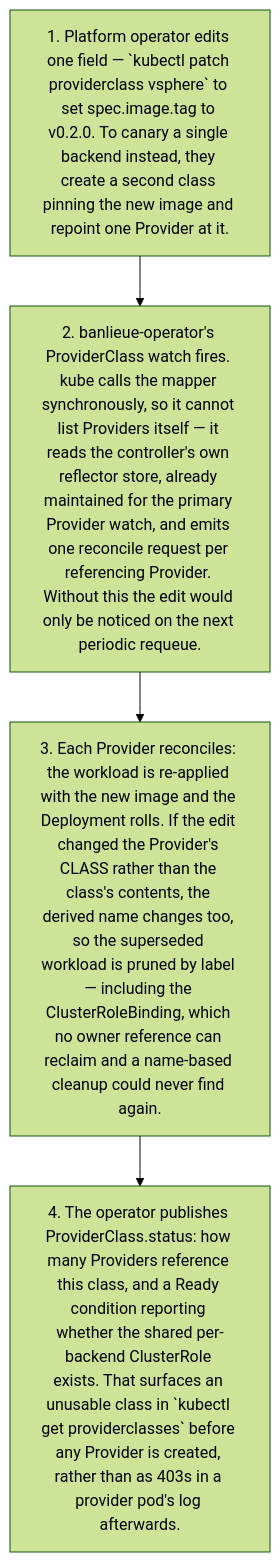
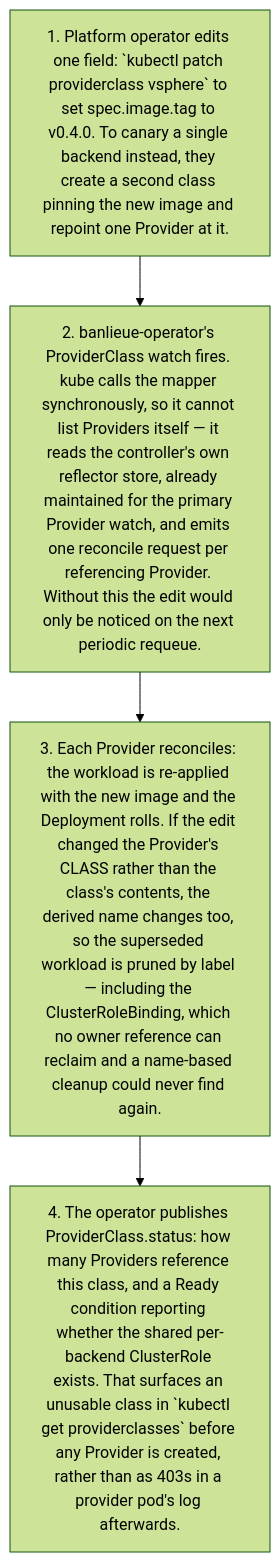
One commit to firestoned/banlieue changed the eighth of 13 diagrams in docs/src/architecture/flows.md. Above: the diagram before and after it, drawn with Mermaid (forest theme). The commit also changed 17 other files, not shown here.

````diff
--- a/docs/src/architecture/flows.md
+++ b/docs/src/architecture/flows.md
@@ -157,8 +157,8 @@
 ```mermaid
 flowchart TD
-    t1["1. Platform operator edits one field — `kubectl patch providerclass vsphere` to set spec.image.tag to v0.2.0. To canary a single backend instead, they create a second class pinning the new image and repoint one Provider at it."]
+    t1["1. Platform operator edits one field: `kubectl patch providerclass vsphere` to set spec.image.tag to v0.4.0. To canary a single backend instead, they create a second class pinning the new image and repoint one Provider at it."]
     t2["2. banlieue-operator's ProviderClass watch fires. kube calls the mapper synchronously, so it cannot list Providers itself — it reads the controller's own reflector store, already maintained for the primary Provider watch, and emits one reconcile request per referencing Provider. Without this the edit would only be noticed on the next periodic requeue."]
     t3["3. Each Provider reconciles: the workload is re-applied with the new image and the Deployment rolls. If the edit changed the Provider's CLASS rather than the class's contents, the derived name changes too, so the superseded workload is pruned by label — including the ClusterRoleBinding, which no owner reference can reclaim and a name-based cleanup could never find again."]
     t4["4. The operator publishes ProviderClass.status: how many Providers reference this class, and a Ready condition reporting whether the shared per-backend ClusterRole exists. That surfaces an unusable class in `kubectl get providerclasses` before any Provider is created, rather than as 403s in a provider pod's log afterwards."]
     t1 --> t2 --> t3 --> t4
 ```
````
